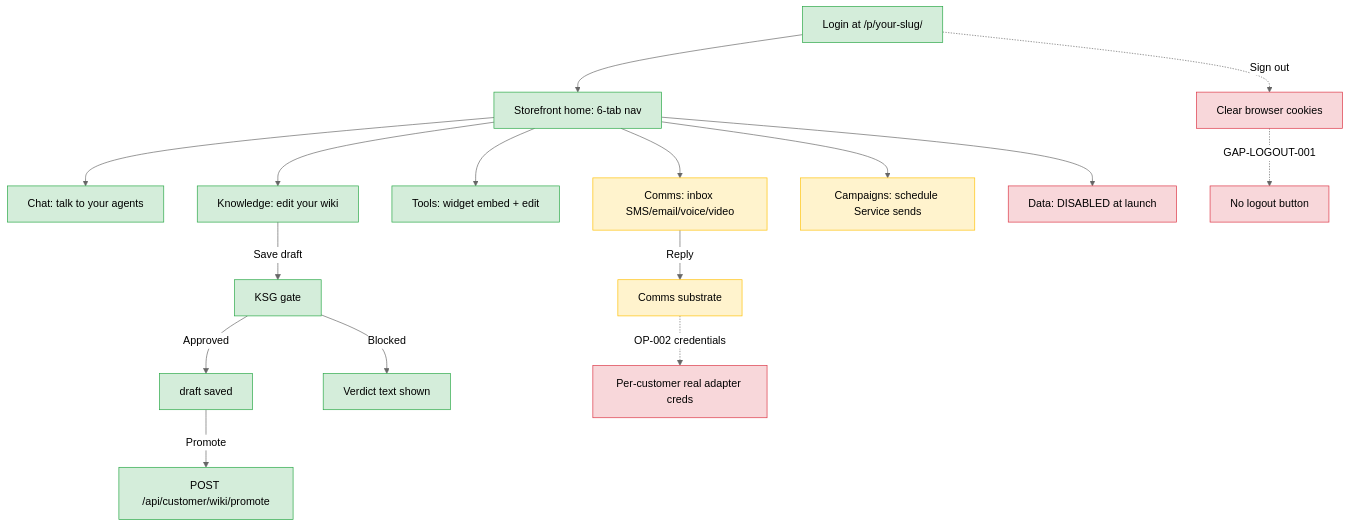
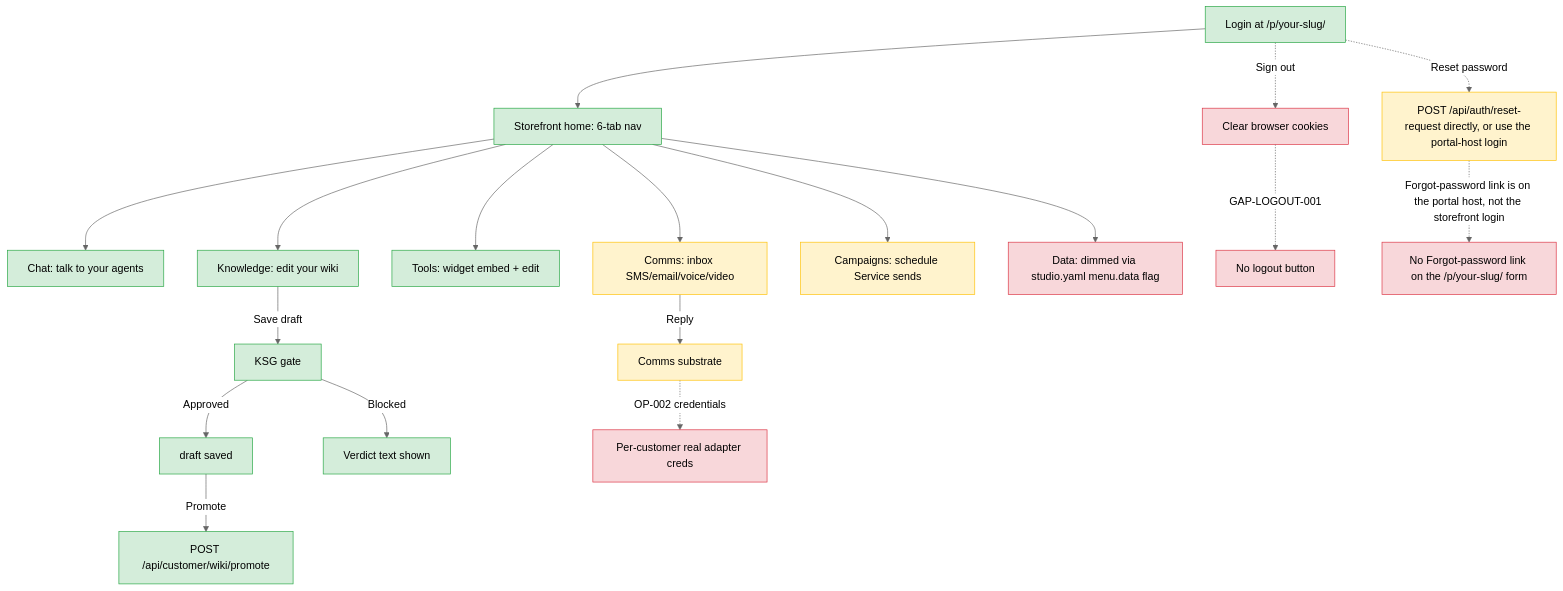
One commit to Huminic/Hermes-Studio changed the diagram in docs/launch/manuals/customer-admin-guide.md. Above: the diagram before and after it, drawn with Mermaid (neutral theme). The commit also changed other lines of this file and 4 other files, not shown here.

````diff
--- a/docs/launch/manuals/customer-admin-guide.md
+++ b/docs/launch/manuals/customer-admin-guide.md
@@ -13,25 +13,28 @@
 ```mermaid
 flowchart TD
     L[Login at /p/your-slug/]:::ok --> H[Storefront home: 6-tab nav]:::ok
     H --> C[Chat: talk to your agents]:::ok
     H --> K[Knowledge: edit your wiki]:::ok
     H --> T[Tools: widget embed + edit]:::ok
     H --> CO[Comms: inbox SMS/email/voice/video]:::partial
     H --> CP[Campaigns: schedule Service sends]:::partial
-    H --> D[Data: DISABLED at launch]:::gap
+    H --> D[Data: dimmed via studio.yaml menu.data flag]:::gap
 
     K -->|Save draft| KSG[KSG gate]:::ok
     KSG -->|Approved| KD[draft saved]:::ok
     KSG -->|Blocked| KV[Verdict text shown]:::ok
     KD -->|Promote| KP[POST /api/customer/wiki/promote]:::ok
 
     CO -->|Reply| CMS[Comms substrate]:::partial
     CMS -.->|OP-002 credentials| Gap1[Per-customer real adapter creds]:::gap
 
     L -.->|Sign out| LO[Clear browser cookies]:::gap
     LO -.->|GAP-LOGOUT-001| Gap2[No logout button]:::gap
 
+    L -.->|Reset password| RR[POST /api/auth/reset-request directly, or use the portal-host login]:::partial
+    RR -.->|Forgot-password link is on the portal host, not the storefront login| RN[No Forgot-password link on the /p/your-slug/ form]:::gap
+
     classDef ok fill:#d4edda,stroke:#28a745,color:#000
     classDef partial fill:#fff3cd,stroke:#ffc107,color:#000
     classDef gap fill:#f8d7da,stroke:#dc3545,color:#000
 ```
````
